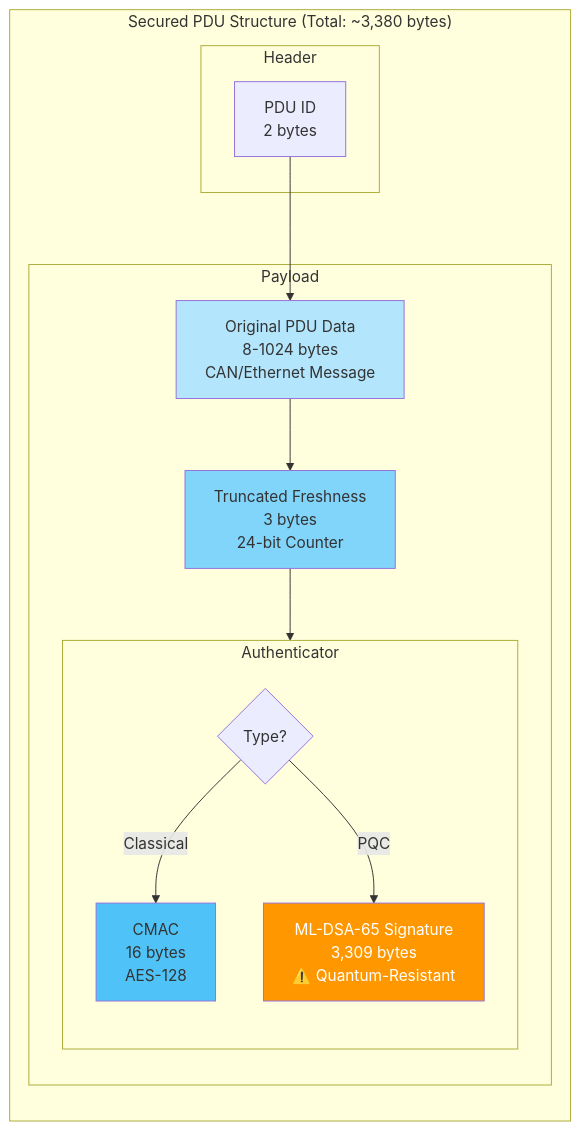
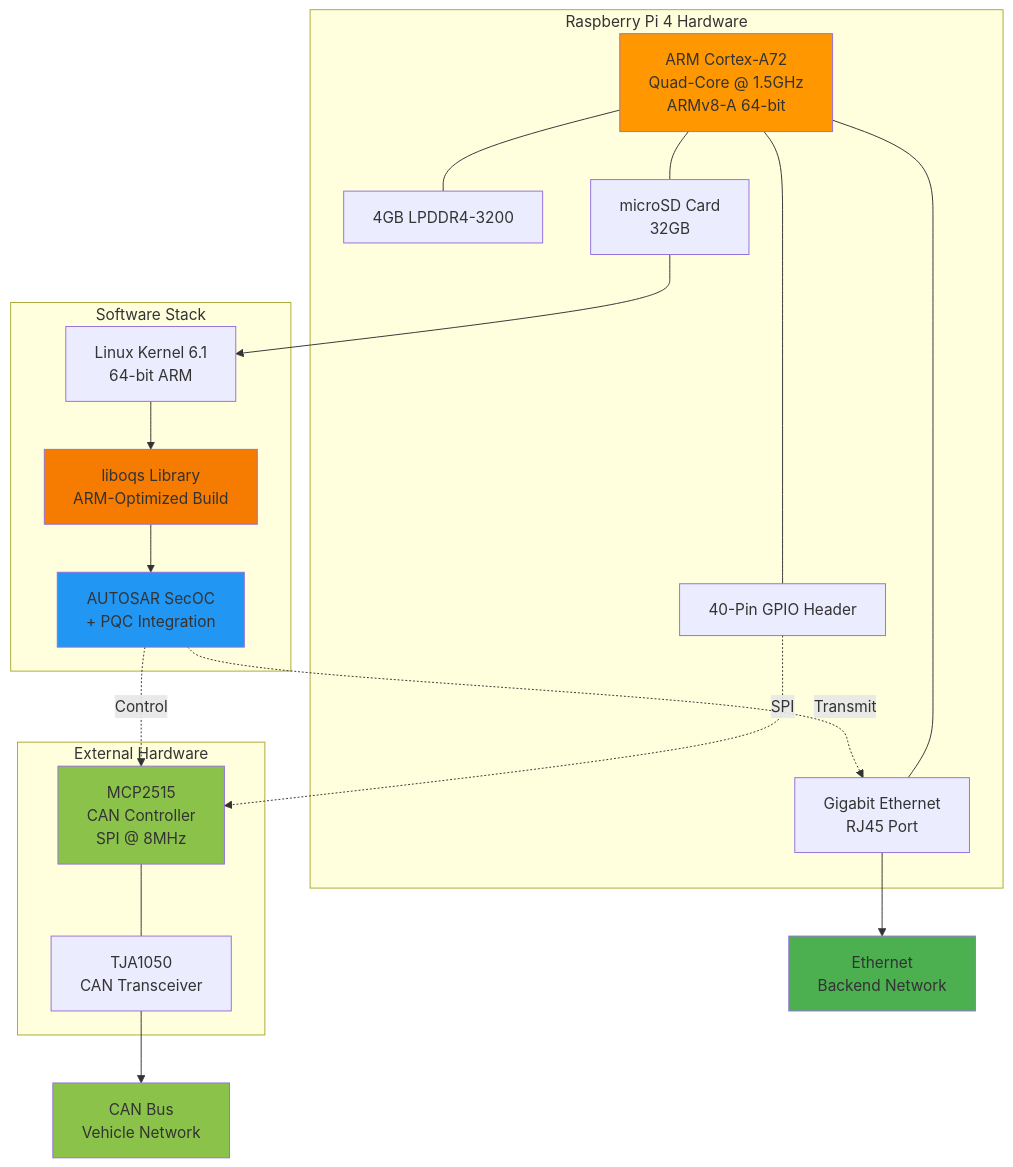
One commit to longluubao/computer_engineering_project changed the seventh of 15 diagrams in Autosar_SecOC/DIAGRAMS.md. Above: the diagram before and after it, drawn with Mermaid. The commit also changed other lines of this file and 41 other files, not shown here.

First line of the commit message:
Update diagrams and documentation for PQC Ethernet gateway

````diff
--- a/Autosar_SecOC/DIAGRAMS.md
+++ b/Autosar_SecOC/DIAGRAMS.md
@@ -408,34 +278,46 @@
 ```mermaid
-graph LR
-    subgraph "Secured PDU Structure (Total: ~3,380 bytes)"
-        subgraph "Header"
-            PDU_ID[PDU ID<br/>2 bytes]
-        end
+graph TB
+    subgraph "Raspberry Pi 4 Hardware"
+        CPU[ARM Cortex-A72<br/>Quad-Core @ 1.5GHz<br/>ARMv8-A 64-bit]
+        RAM[4GB LPDDR4-3200]
+        GPIO[40-Pin GPIO Header]
+        ETH_HW[Gigabit Ethernet<br/>RJ45 Port]
+        SD[microSD Card<br/>32GB]
 
-        subgraph "Payload"
-            ORIG_DATA[Original PDU Data<br/>8-1024 bytes<br/>CAN/Ethernet Message]
-
-            FV_TRUNC[Truncated Freshness<br/>3 bytes<br/>24-bit Counter]
-
-            subgraph "Authenticator"
-                direction TB
-                AUTH_TYPE{Type?}
-
-                AUTH_TYPE -->|Classical| CMAC[CMAC<br/>16 bytes<br/>AES-128]
-                AUTH_TYPE -->|PQC| SIG[ML-DSA-65 Signature<br/>3,309 bytes<br/>⚠️ Quantum-Resistant]
-            end
-        end
+        CPU --- RAM
+        CPU --- GPIO
+        CPU --- ETH_HW
+        CPU --- SD
     end
 
-    PDU_ID --> ORIG_DATA
-    ORIG_DATA --> FV_TRUNC
-    FV_TRUNC --> AUTH_TYPE
+    subgraph "External Hardware"
+        MCP2515[MCP2515<br/>CAN Controller<br/>SPI @ 8MHz]
+        CAN_PHY[TJA1050<br/>CAN Transceiver]
 
-    style ORIG_DATA fill:#b3e5fc
-    style FV_TRUNC fill:#81d4fa
-    style CMAC fill:#4fc3f7
-    style SIG fill:#ff9800
+        GPIO -.->|SPI| MCP2515
+        MCP2515 --- CAN_PHY
+    end
 
-    classDef critical fill:#ff5722,color:#fff
-    class SIG critical
+    subgraph "Software Stack"
+        LINUX[Linux Kernel 6.1<br/>64-bit ARM]
+        LIBOQS[liboqs Library<br/>ARM-Optimized Build]
+        AUTOSAR[AUTOSAR SecOC<br/>+ PQC Integration]
+
+        SD --> LINUX
+        LINUX --> LIBOQS
+        LIBOQS --> AUTOSAR
+    end
+
+    CAN_PHY --> CAN_BUS[CAN Bus<br/>Vehicle Network]
+    ETH_HW --> ETH_NET[Ethernet<br/>Backend Network]
+
+    AUTOSAR -.->|Control| MCP2515
+    AUTOSAR -.->|Transmit| ETH_HW
+
+    style CPU fill:#ff9800
+    style LIBOQS fill:#f57c00
+    style AUTOSAR fill:#2196f3
+    style MCP2515 fill:#8bc34a
+    style CAN_BUS fill:#8bc34a
+    style ETH_NET fill:#4caf50
 ```
````
